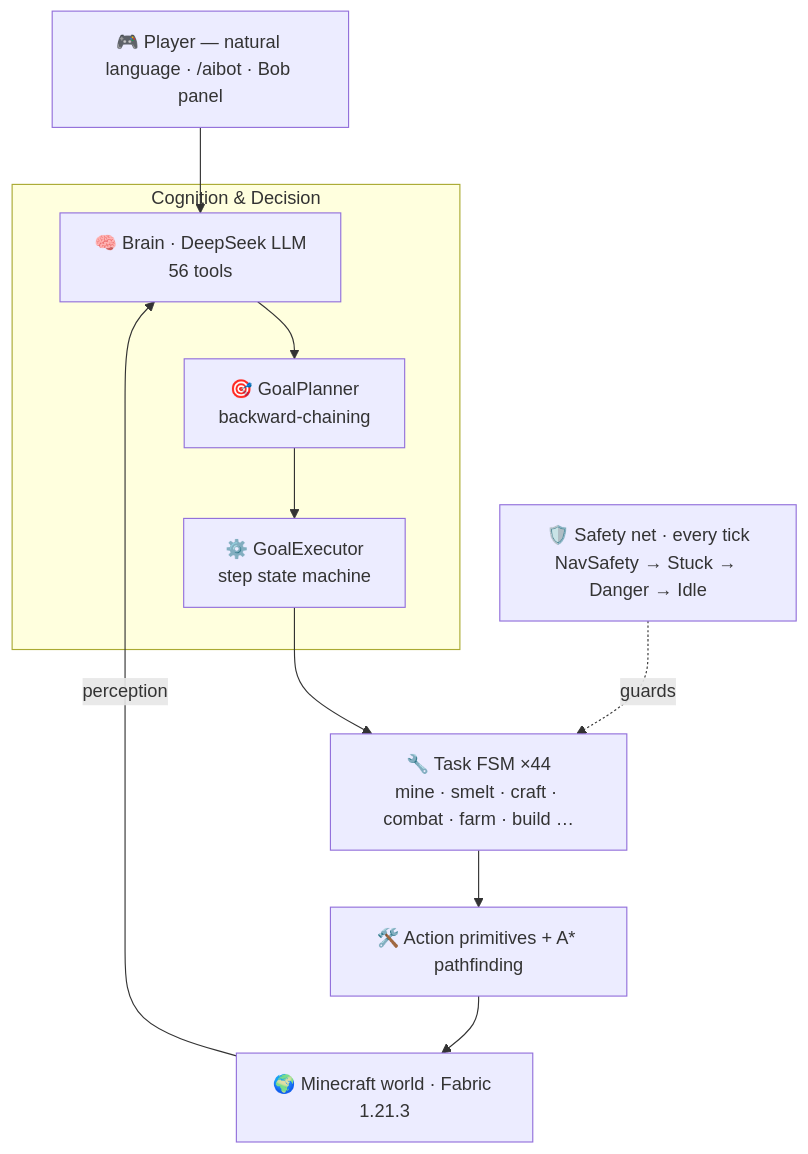
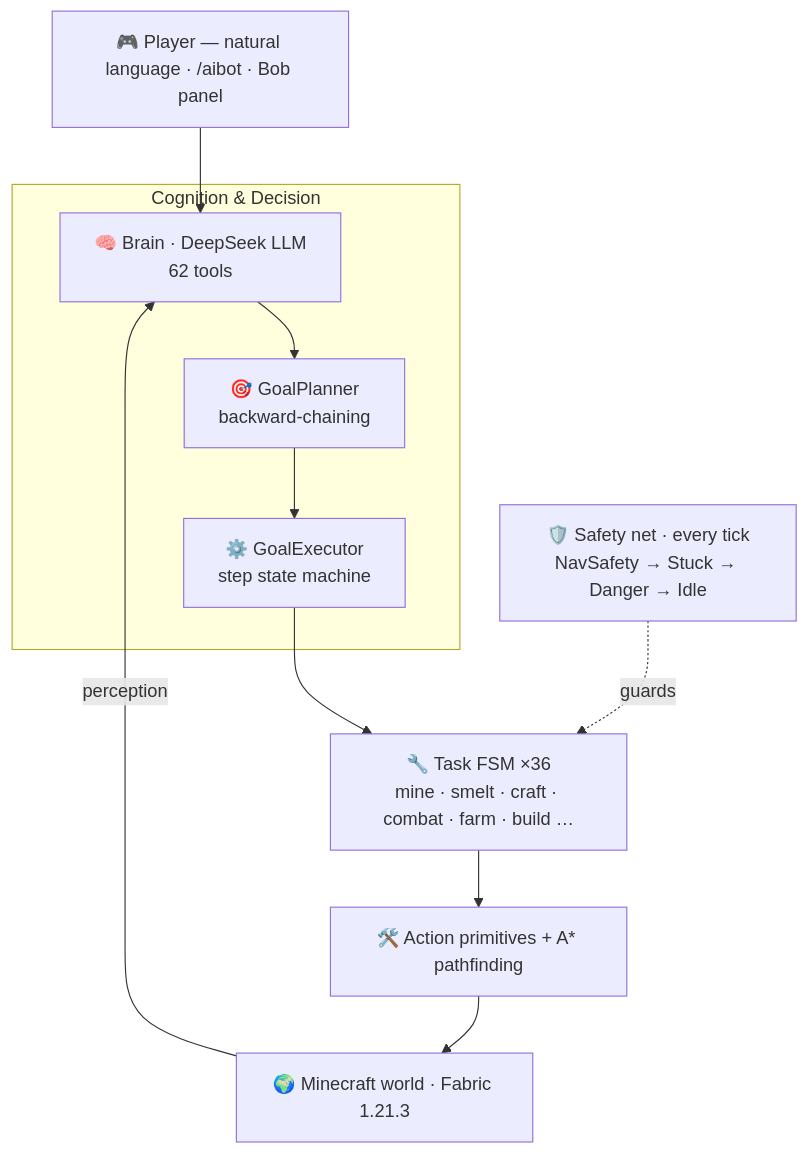
One commit to zoyluoblue/mc_aiplayer changed the diagram in README.md. Above: the diagram before and after it, drawn with Mermaid. The commit also changed other lines of this file and 1 other file, not shown here.

````diff
--- a/README.md
+++ b/README.md
@@ -73,13 +76,13 @@
 ```mermaid
 flowchart TB
     P["🎮 Player — natural language · /aibot · Bob panel"] --> B
     subgraph COG["Cognition &amp; Decision"]
-      B["🧠 Brain · DeepSeek LLM<br/>56 tools"] --> G["🎯 GoalPlanner<br/>backward-chaining"]
+      B["🧠 Brain · DeepSeek LLM<br/>62 tools"] --> G["🎯 GoalPlanner<br/>backward-chaining"]
       G --> E["⚙️ GoalExecutor<br/>step state machine"]
     end
-    E --> T["🔧 Task FSM ×44<br/>mine · smelt · craft · combat · farm · build …"]
+    E --> T["🔧 Task FSM ×36<br/>mine · smelt · craft · combat · farm · build …"]
     T --> A["🛠️ Action primitives + A* pathfinding"]
     A --> W["🌍 Minecraft world · Fabric 1.21.3"]
     W -->|perception| B
     S["🛡️ Safety net · every tick<br/>NavSafety → Stuck → Danger → Idle"] -. guards .-> T
 ```
````
